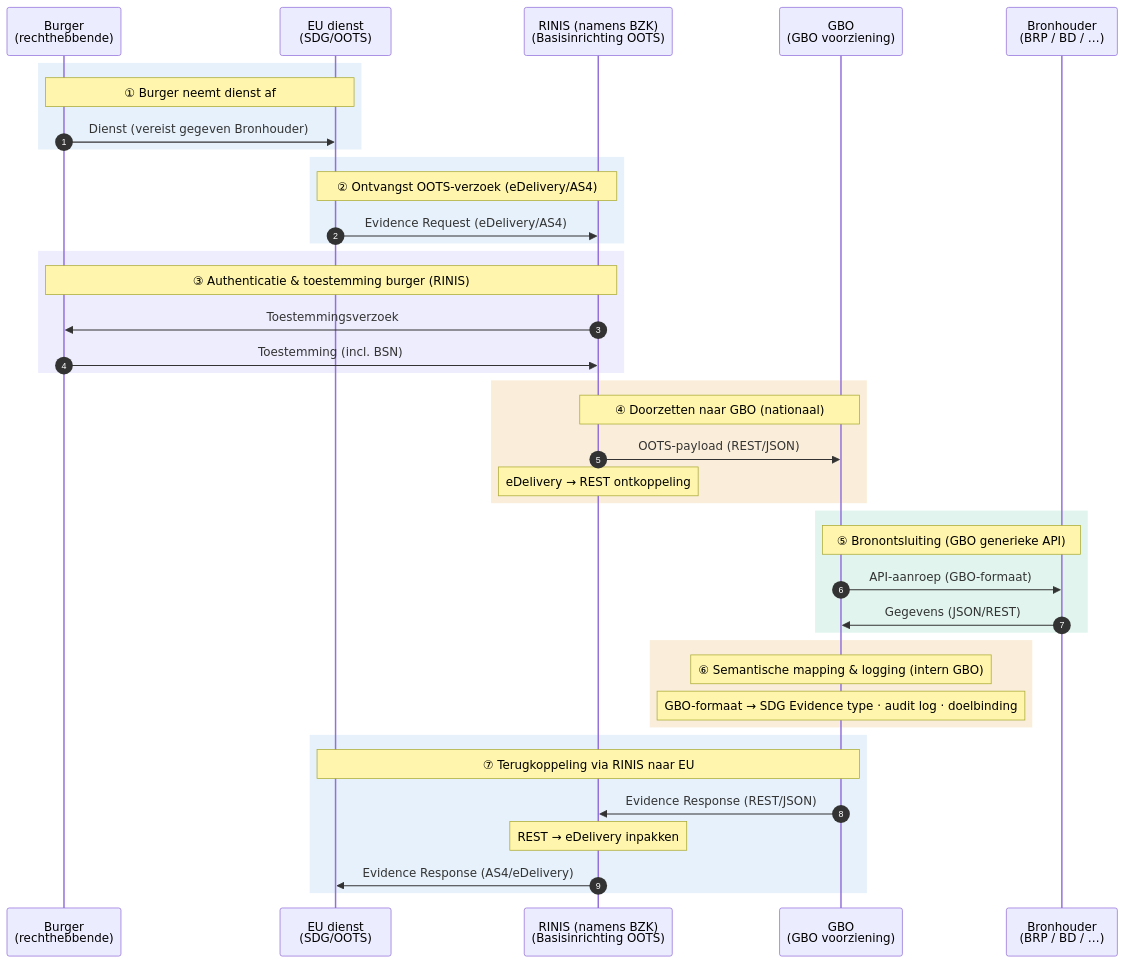
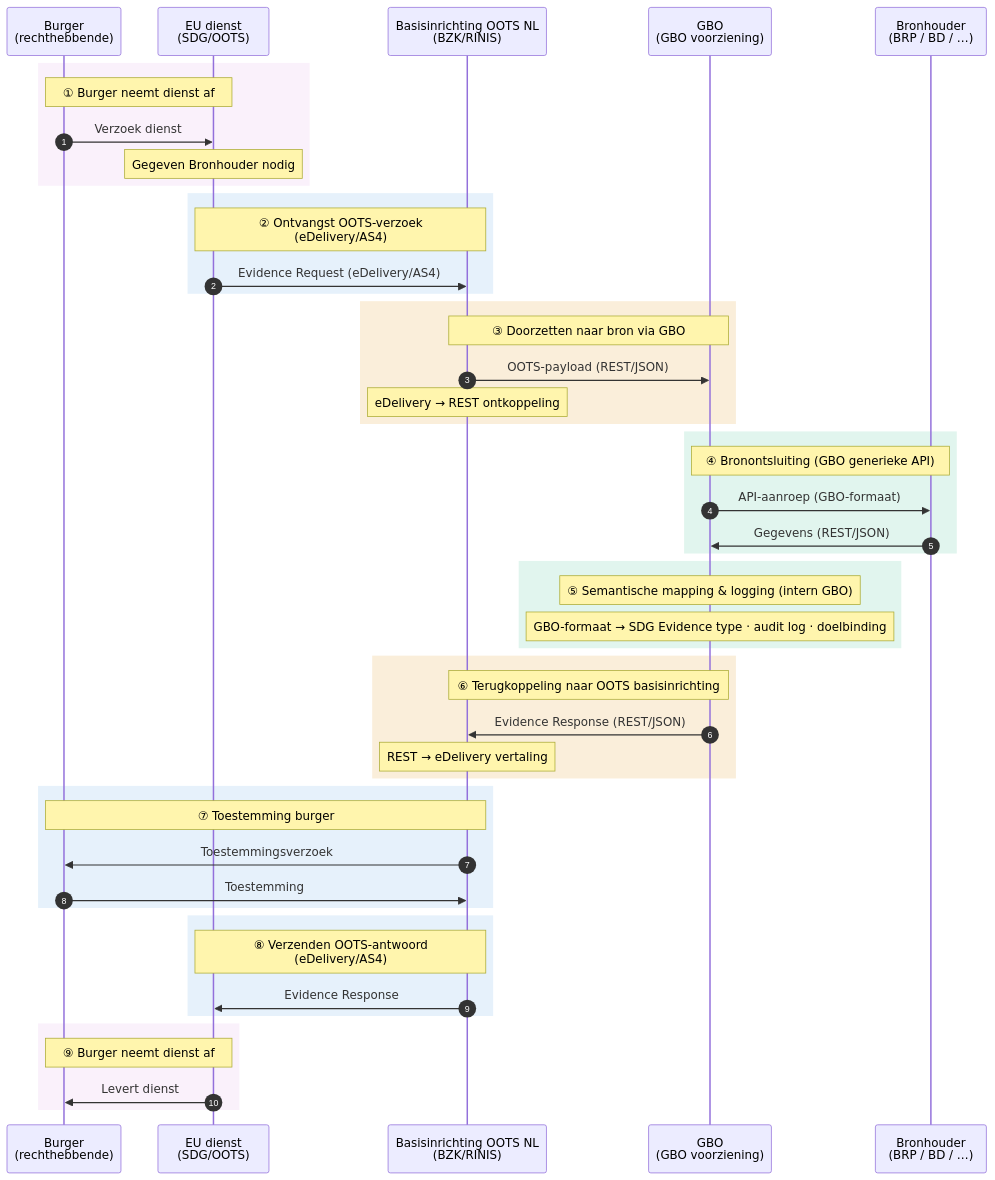
The diagram in pr-preview/pr-6/diagrammen/interactiepatroon-SDG-OOTS-verzoek.mmd (ICTU/GBO-GO), drawn with Mermaid before and after one commit. The commit also changed 8 other files, not shown here.

````diff
--- a/pr-preview/pr-6/diagrammen/interactiepatroon-SDG-OOTS-verzoek.mmd
+++ b/pr-preview/pr-6/diagrammen/interactiepatroon-SDG-OOTS-verzoek.mmd
@@ -1,52 +1,61 @@
 ``` mermaid
 
 sequenceDiagram
     autonumber
     participant BRG as Burger<br/>(rechthebbende)
     participant EU as EU dienst<br/>(SDG/OOTS)
-    participant RINIS as RINIS (namens BZK)<br/>(Basisinrichting OOTS)
+    participant RINIS as Basisinrichting OOTS NL<br />(BZK/RINIS)
     participant GBO as GBO<br/>(GBO voorziening)
     participant BRH as Bronhouder<br/>(BRP / BD / …)
 
-    rect rgb(230, 241, 251)
+    rect rgb(250, 241, 251)
         Note over BRG,EU: ① Burger neemt dienst af
-        BRG->>EU: Dienst (vereist gegeven Bronhouder)
+        BRG->>EU: Verzoek dienst
+        Note over EU: Gegeven Bronhouder nodig
     end
 
     rect rgb(230, 241, 251)
-        Note over EU,RINIS: ② Ontvangst OOTS-verzoek (eDelivery/AS4)
+        Note over EU,RINIS: ② Ontvangst OOTS-verzoek<br />(eDelivery/AS4)
         EU->>RINIS: Evidence Request (eDelivery/AS4)
     end
 
-
-    rect rgb(238, 237, 254)
-        Note over RINIS,BRG: ③ Authenticatie & toestemming burger (RINIS)
-        RINIS->>BRG: Toestemmingsverzoek
-        BRG->>RINIS: Toestemming (incl. BSN)
-    end
-
     rect rgb(250, 238, 218)
-        Note over RINIS,GBO: ④ Doorzetten naar GBO (nationaal)
+        Note over RINIS,GBO: ③ Doorzetten naar bron via GBO
         RINIS->>GBO: OOTS-payload (REST/JSON)
         Note over RINIS: eDelivery → REST ontkoppeling
     end
 
     rect rgb(225, 245, 238)
-        Note over GBO,BRH: ⑤ Bronontsluiting (GBO generieke API)
+        Note over GBO,BRH: ④ Bronontsluiting (GBO generieke API)
         GBO->>BRH: API-aanroep (GBO-formaat)
-        BRH->>GBO: Gegevens (JSON/REST)
+        BRH->>GBO: Gegevens (REST/JSON)
+    end
+
+    rect rgb(225, 245, 238)
+        Note over GBO: ⑤ Semantische mapping & logging (intern GBO)
+        Note over GBO: GBO-formaat → SDG Evidence type · audit log · doelbinding
     end
 
     rect rgb(250, 238, 218)
-        Note over GBO: ⑥ Semantische mapping & logging (intern GBO)
-        Note over GBO: GBO-formaat → SDG Evidence type · audit log · doelbinding
+        Note over GBO,RINIS: ⑥ Terugkoppeling naar OOTS basisinrichting
+        GBO->>RINIS: Evidence Response (REST/JSON)
+        Note over RINIS: REST → eDelivery vertaling
     end
 
     rect rgb(230, 241, 251)
-        Note over GBO,EU: ⑦ Terugkoppeling via RINIS naar EU
-        GBO->>RINIS: Evidence Response (REST/JSON)
-        Note over RINIS: REST → eDelivery inpakken
-        RINIS->>EU: Evidence Response (AS4/eDelivery)
+        Note over RINIS,BRG: ⑦ Toestemming burger
+        RINIS->>BRG: Toestemmingsverzoek
+        BRG->>RINIS: Toestemming
+    end
+
+    rect rgb(230, 241, 251)
+        Note over EU,RINIS: ⑧ Verzenden OOTS-antwoord<br />(eDelivery/AS4)
+        RINIS->>EU: Evidence Response
+    end
+
+    rect rgb(250, 241, 251)
+        Note over BRG,EU: ⑨ Burger neemt dienst af
+        EU->>BRG: Levert dienst
     end
 
 ```
````
